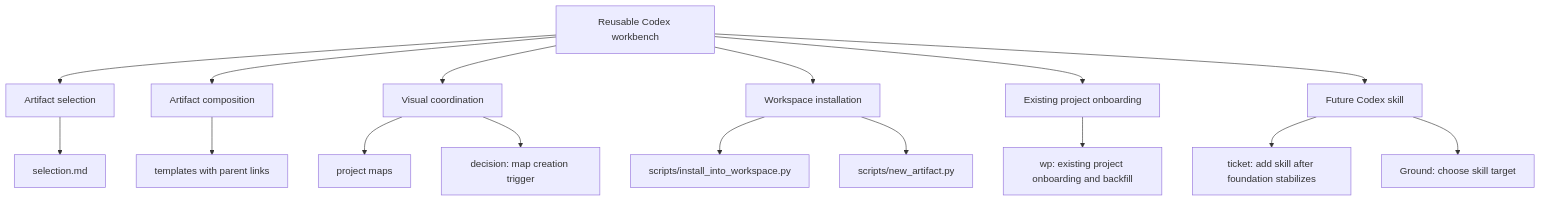
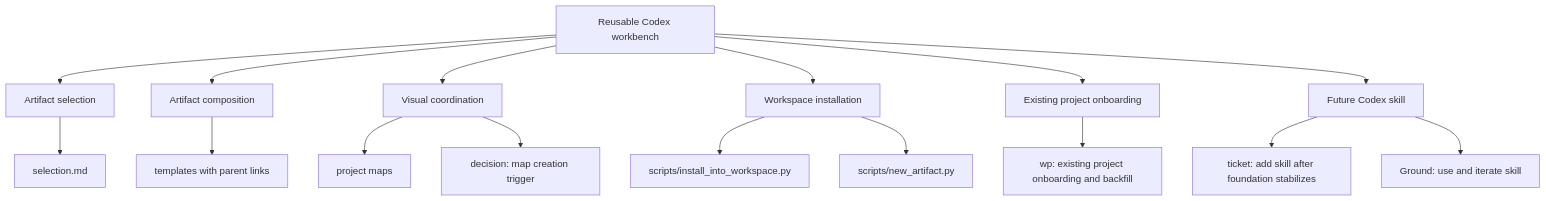
The diagram in work/maps/map-tool-shed-foundation.md (PC-Redemption/tool_shed), drawn with Mermaid before and after one commit. The commit also changed other lines of this file and 6 other files, not shown here.

````diff
--- a/work/maps/map-tool-shed-foundation.md
+++ b/work/maps/map-tool-shed-foundation.md
@@ -14,20 +14,20 @@
 ```mermaid
 flowchart TD
   A[Reusable Codex workbench] --> B[Artifact selection]
   A --> C[Artifact composition]
   A --> D[Visual coordination]
   A --> E[Workspace installation]
   A --> F[Existing project onboarding]
   A --> G[Future Codex skill]
 
   B --> H[selection.md]
   C --> I[templates with parent links]
   D --> J[project maps]
   D --> K[decision: map creation trigger]
   E --> L[scripts/install_into_workspace.py]
   E --> M[scripts/new_artifact.py]
   F --> N[wp: existing project onboarding and backfill]
   G --> O[ticket: add skill after foundation stabilizes]
 
-  G --> P[Ground: choose skill target]
+  G --> P[Ground: use and iterate skill]
 ```
````
